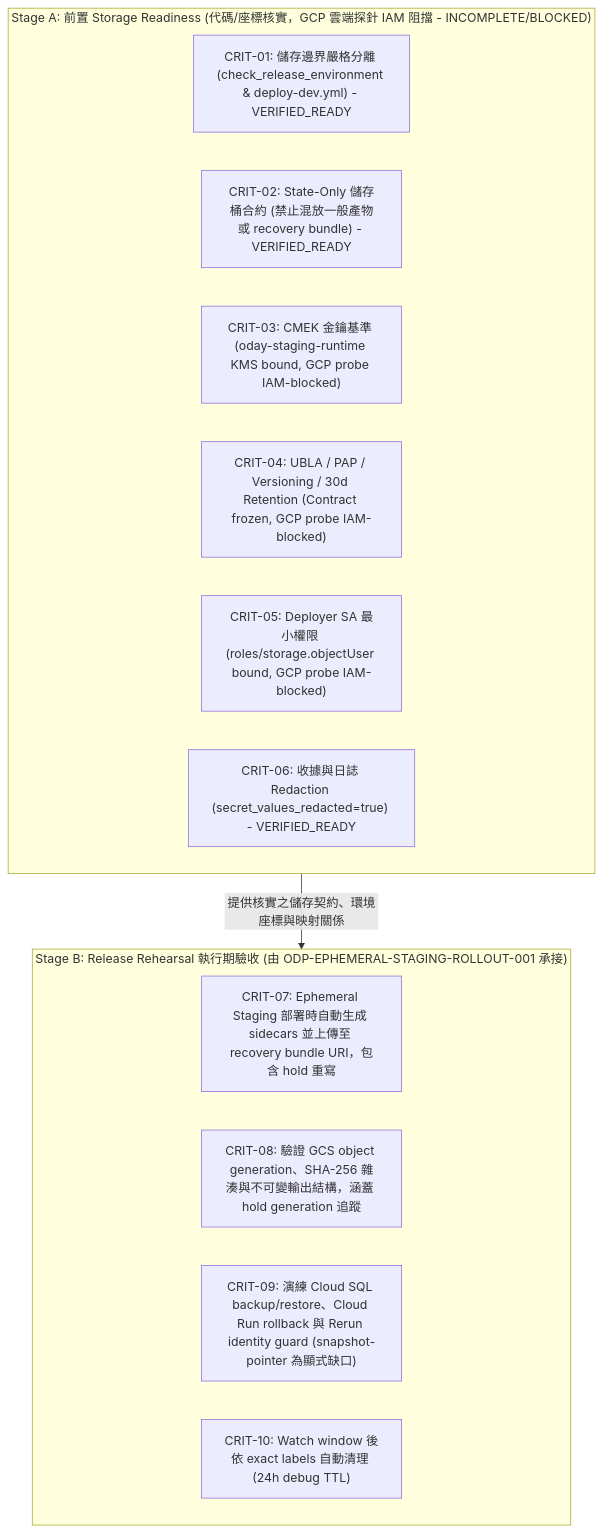
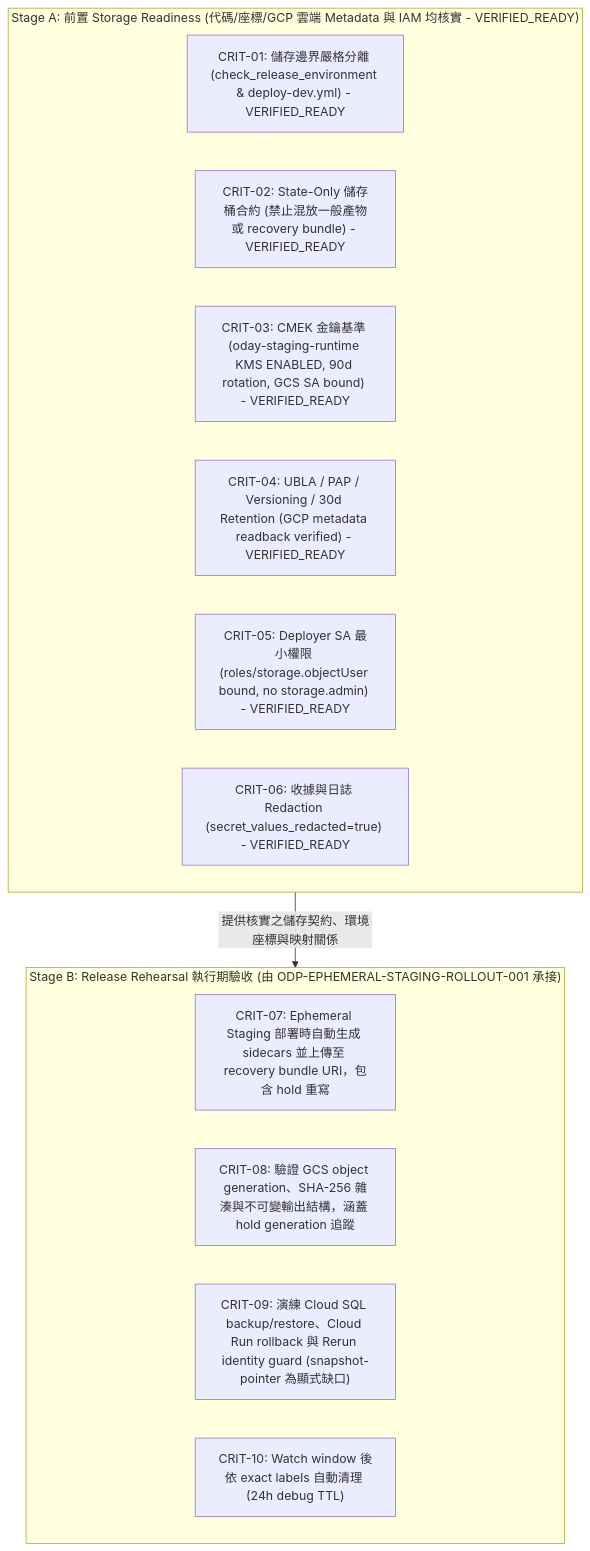
Before and after one commit to alfloop-dev/odayplus: the diagram in docs/evidence/runtime/ODP-STAGING-RECOVERY-STORAGE-ACCEPTANCE-001/README.md, drawn with Mermaid. The commit also changed other lines of this file and 8 other files, not shown here.

First line of the commit message:
ODP-STAGING-RECOVERY-STORAGE-ACCEPTANCE-001: 納入登入後唯讀收據與驗收映射

````diff
--- a/docs/evidence/runtime/ODP-STAGING-RECOVERY-STORAGE-ACCEPTANCE-001/README.md
+++ b/docs/evidence/runtime/ODP-STAGING-RECOVERY-STORAGE-ACCEPTANCE-001/README.md
@@ -190,20 +199,20 @@
 ```mermaid
 flowchart TD
-    subgraph STAGE_A["Stage A: 前置 Storage Readiness (代碼/座標核實，GCP 雲端探針 IAM 阻擋 - INCOMPLETE/BLOCKED)"]
+    subgraph STAGE_A["Stage A: 前置 Storage Readiness (代碼/座標/GCP 雲端 Metadata 與 IAM 均核實 - VERIFIED_READY)"]
         A1["CRIT-01: 儲存邊界嚴格分離 (check_release_environment & deploy-dev.yml) - VERIFIED_READY"]
         A2["CRIT-02: State-Only 儲存桶合約 (禁止混放一般產物或 recovery bundle) - VERIFIED_READY"]
-        A3["CRIT-03: CMEK 金鑰基準 (oday-staging-runtime KMS bound, GCP probe IAM-blocked)"]
-        A4["CRIT-04: UBLA / PAP / Versioning / 30d Retention (Contract frozen, GCP probe IAM-blocked)"]
-        A5["CRIT-05: Deployer SA 最小權限 (roles/storage.objectUser bound, GCP probe IAM-blocked)"]
+        A3["CRIT-03: CMEK 金鑰基準 (oday-staging-runtime KMS ENABLED, 90d rotation, GCS SA bound) - VERIFIED_READY"]
+        A4["CRIT-04: UBLA / PAP / Versioning / 30d Retention (GCP metadata readback verified) - VERIFIED_READY"]
+        A5["CRIT-05: Deployer SA 最小權限 (roles/storage.objectUser bound, no storage.admin) - VERIFIED_READY"]
         A6["CRIT-06: 收據與日誌 Redaction (secret_values_redacted=true) - VERIFIED_READY"]
     end
 
     subgraph STAGE_B["Stage B: Release Rehearsal 執行期驗收 (由 ODP-EPHEMERAL-STAGING-ROLLOUT-001 承接)"]
         B1["CRIT-07: Ephemeral Staging 部署時自動生成 sidecars 並上傳至 recovery bundle URI，包含 hold 重寫"]
         B2["CRIT-08: 驗證 GCS object generation、SHA-256 雜湊與不可變輸出結構，涵蓋 hold generation 追蹤"]
         B3["CRIT-09: 演練 Cloud SQL backup/restore、Cloud Run rollback 與 Rerun identity guard (snapshot-pointer 為顯式缺口)"]
         B4["CRIT-10: Watch window 後依 exact labels 自動清理 (24h debug TTL)"]
     end
 
     STAGE_A -->|提供核實之儲存契約、環境座標與映射關係| STAGE_B
 ```
````
